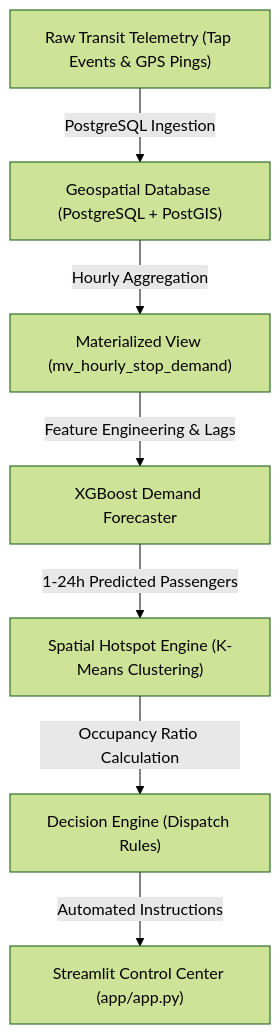
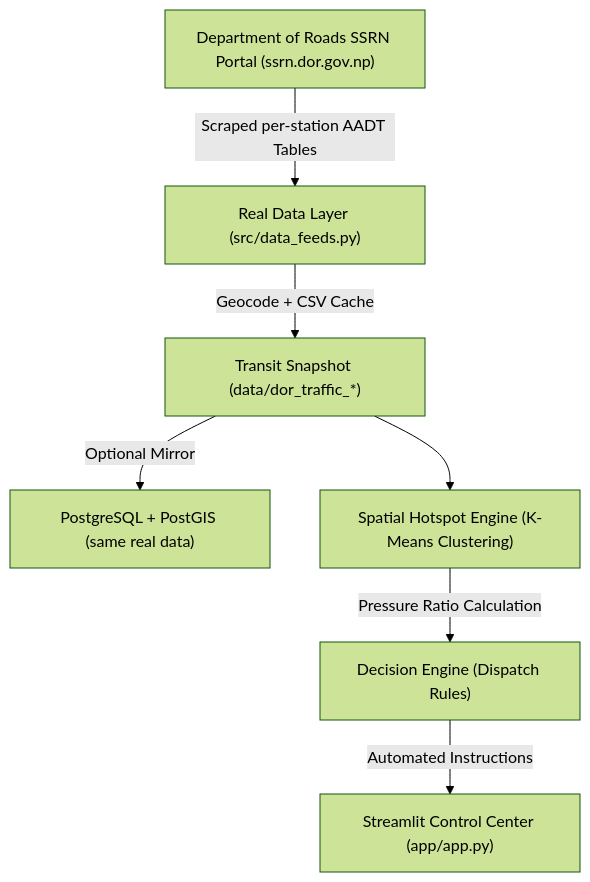
Before and after one commit to Mugetsu-1/Smart-City: the diagram in system_architecture.md, drawn with Mermaid (forest theme). The commit also changed other lines of this file and 23 other files, not shown here.

Commit message:
Updated real data of year 2011/12

````diff
--- a/system_architecture.md
+++ b/system_architecture.md
@@ -6,9 +6,9 @@
 ```mermaid
 graph TD
-    A["Raw Transit Telemetry (Tap Events & GPS Pings)"] -->|PostgreSQL Ingestion| B["Geospatial Database (PostgreSQL + PostGIS)"]
-    B -->|Hourly Aggregation| C["Materialized View (mv_hourly_stop_demand)"]
-    C -->|Feature Engineering & Lags| D["XGBoost Demand Forecaster"]
-    D -->|1-24h Predicted Passengers| E["Spatial Hotspot Engine (K-Means Clustering)"]
-    E -->|Occupancy Ratio Calculation| F["Decision Engine (Dispatch Rules)"]
+    A["Department of Roads SSRN Portal (ssrn.dor.gov.np)"] -->|Scraped per-station AADT Tables| B["Real Data Layer (src/data_feeds.py)"]
+    B -->|Geocode + CSV Cache| C["Transit Snapshot (data/dor_traffic_*)"]
+    C -->|Optional Mirror| D["PostgreSQL + PostGIS (same real data)"]
+    C --> E["Spatial Hotspot Engine (K-Means Clustering)"]
+    E -->|Pressure Ratio Calculation| F["Decision Engine (Dispatch Rules)"]
     F -->|Automated Instructions| G["Streamlit Control Center (app/app.py)"]
 ```
````
